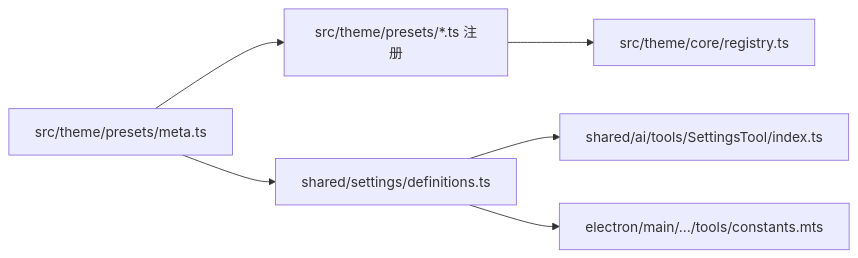
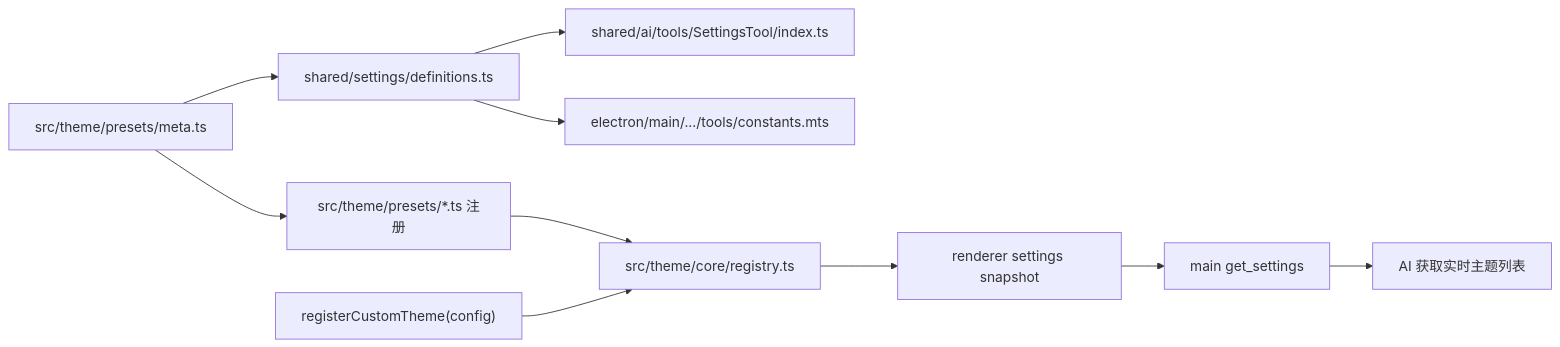
The diagram in docs/superpowers/specs/2026-08-10-settings-theme-metadata-design.md (xbinator/texti), drawn with Mermaid before and after one commit. The commit also changed other lines of this file, not shown here.

Commit message:
docs(theme): 补充自定义主题运行时发现设计

````diff
--- a/docs/superpowers/specs/2026-08-10-settings-theme-metadata-design.md
+++ b/docs/superpowers/specs/2026-08-10-settings-theme-metadata-design.md
@@ -41,8 +64,12 @@
 ```mermaid
 flowchart LR
   Meta["src/theme/presets/meta.ts"] --> Presets["src/theme/presets/*.ts 注册"]
   Meta --> SettingsDefs["shared/settings/definitions.ts"]
   SettingsDefs --> SettingsTool["shared/ai/tools/SettingsTool/index.ts"]
   SettingsDefs --> MainConstants["electron/main/.../tools/constants.mts"]
   Presets --> Registry["src/theme/core/registry.ts"]
+  Custom["registerCustomTheme(config)"] --> Registry
+  Registry --> Snapshot["renderer settings snapshot"]
+  Snapshot --> GetSettings["main get_settings"]
+  GetSettings --> Model["AI 获取实时主题列表"]
 ```
````
